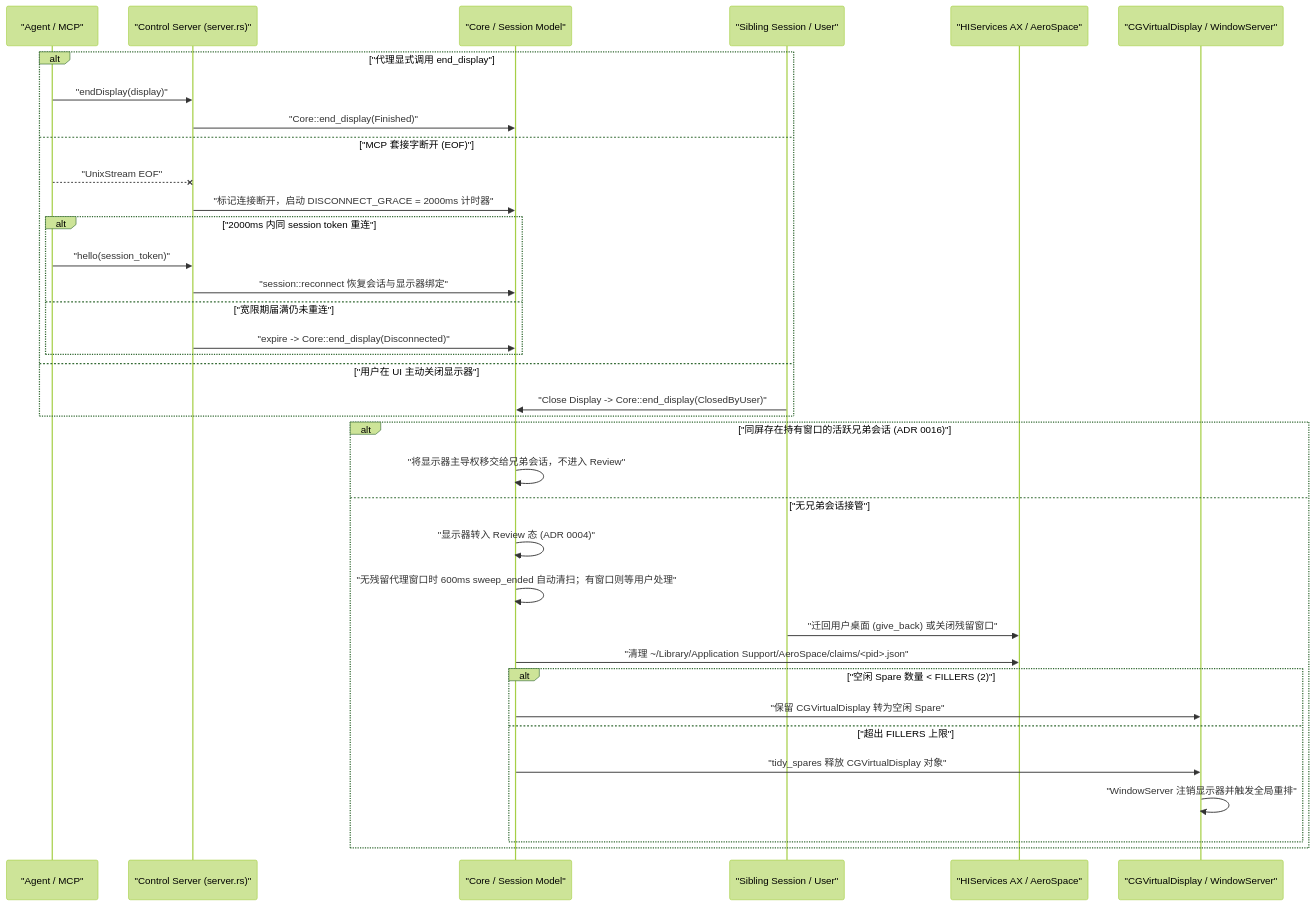
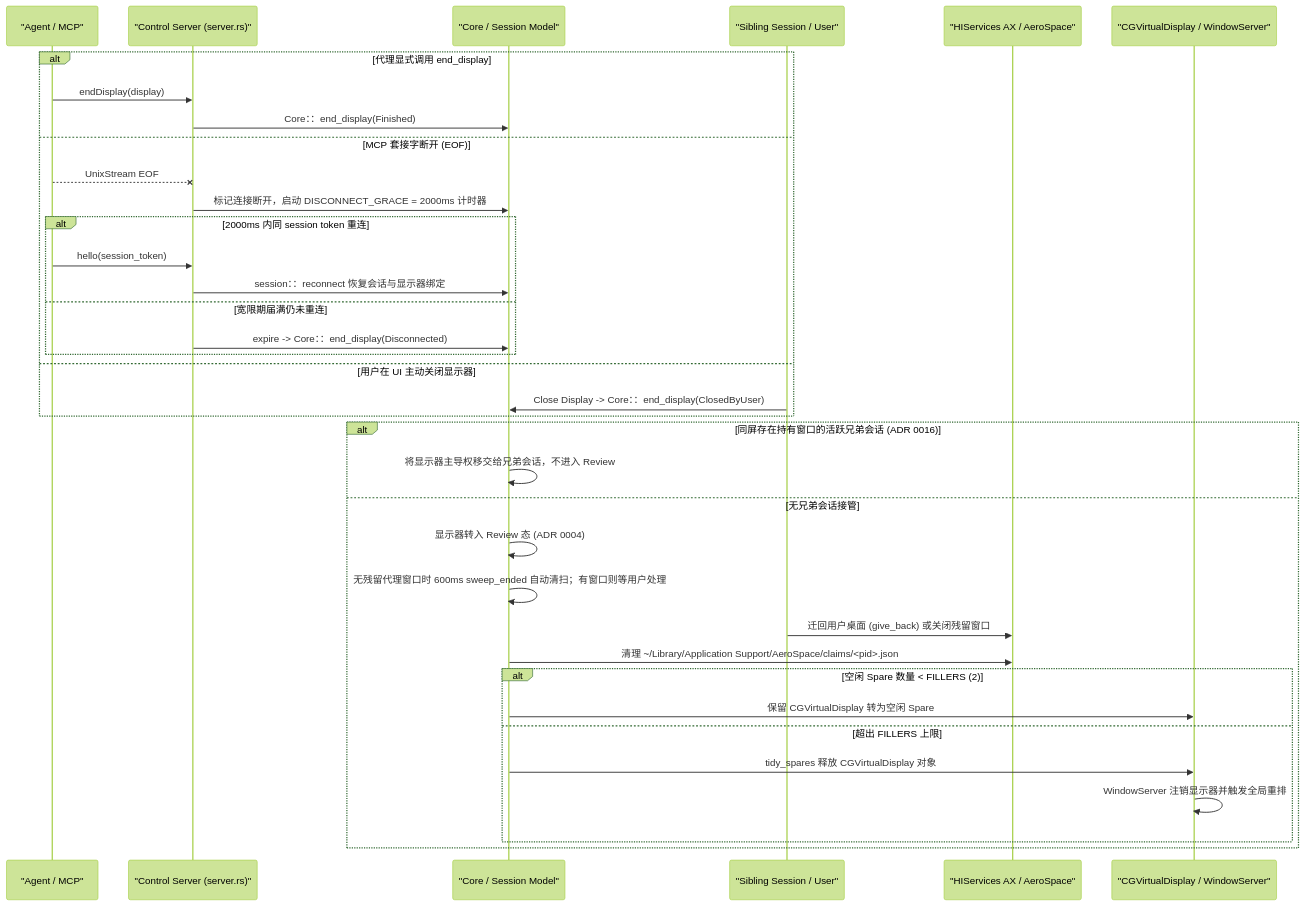
One commit to Fanzzzd/agent-screen changed the diagram in docs/flows/02-end-display-and-sessions.md. Above: the diagram before and after it, drawn with Mermaid (forest theme). The commit also changed 14 other files, not shown here.

Commit message:
The flow maps' Mermaid labels drop quotes, semicolons and inner colons, which stopped four diagrams from rendering

````diff
--- a/docs/flows/02-end-display-and-sessions.md
+++ b/docs/flows/02-end-display-and-sessions.md
@@ -7,40 +7,40 @@
 ```mermaid
 sequenceDiagram
     participant MCP as "Agent / MCP"
     participant Sock as "Control Server (server.rs)"
     participant Core as "Core / Session Model"
     participant Sibling as "Sibling Session / User"
     participant AX as "HIServices AX / AeroSpace"
     participant CGVD as "CGVirtualDisplay / WindowServer"
 
-    alt "代理显式调用 end_display"
-        MCP->>Sock: "endDisplay(display)"
-        Sock->>Core: "Core::end_display(Finished)"
-    else "MCP 套接字断开 (EOF)"
-        MCP--xSock: "UnixStream EOF"
-        Sock->>Core: "标记连接断开，启动 DISCONNECT_GRACE = 2000ms 计时器"
-        alt "2000ms 内同 session token 重连"
-            MCP->>Sock: "hello(session_token)"
-            Sock->>Core: "session::reconnect 恢复会话与显示器绑定"
-        else "宽限期届满仍未重连"
-            Sock->>Core: "expire -> Core::end_display(Disconnected)"
+    alt 代理显式调用 end_display
+        MCP->>Sock : endDisplay(display)
+        Sock->>Core : Core：：end_display(Finished)
+    else MCP 套接字断开 (EOF)
+        MCP--xSock : UnixStream EOF
+        Sock->>Core : 标记连接断开，启动 DISCONNECT_GRACE = 2000ms 计时器
+        alt 2000ms 内同 session token 重连
+            MCP->>Sock : hello(session_token)
+            Sock->>Core : session：：reconnect 恢复会话与显示器绑定
+        else 宽限期届满仍未重连
+            Sock->>Core : expire -> Core：：end_display(Disconnected)
         end
-    else "用户在 UI 主动关闭显示器"
-        Sibling->>Core: "Close Display -> Core::end_display(ClosedByUser)"
+    else 用户在 UI 主动关闭显示器
+        Sibling->>Core : Close Display -> Core：：end_display(ClosedByUser)
     end
 
-    alt "同屏存在持有窗口的活跃兄弟会话 (ADR 0016)"
-        Core->>Core: "将显示器主导权移交给兄弟会话，不进入 Review"
-    else "无兄弟会话接管"
-        Core->>Core: "显示器转入 Review 态 (ADR 0004)"
-        Core->>Core: "无残留代理窗口时 600ms sweep_ended 自动清扫；有窗口则等用户处理"
-        Sibling->>AX: "迁回用户桌面 (give_back) 或关闭残留窗口"
-        Core->>AX: "清理 ~/Library/Application Support/AeroSpace/claims/<pid>.json"
-        alt "空闲 Spare 数量 < FILLERS (2)"
-            Core->>CGVD: "保留 CGVirtualDisplay 转为空闲 Spare"
-        else "超出 FILLERS 上限"
-            Core->>CGVD: "tidy_spares 释放 CGVirtualDisplay 对象"
-            CGVD->>CGVD: "WindowServer 注销显示器并触发全局重排"
+    alt 同屏存在持有窗口的活跃兄弟会话 (ADR 0016)
+        Core->>Core : 将显示器主导权移交给兄弟会话，不进入 Review
+    else 无兄弟会话接管
+        Core->>Core : 显示器转入 Review 态 (ADR 0004)
+        Core->>Core : 无残留代理窗口时 600ms sweep_ended 自动清扫；有窗口则等用户处理
+        Sibling->>AX : 迁回用户桌面 (give_back) 或关闭残留窗口
+        Core->>AX : 清理 ~/Library/Application Support/AeroSpace/claims/<pid>.json
+        alt 空闲 Spare 数量 < FILLERS (2)
+            Core->>CGVD : 保留 CGVirtualDisplay 转为空闲 Spare
+        else 超出 FILLERS 上限
+            Core->>CGVD : tidy_spares 释放 CGVirtualDisplay 对象
+            CGVD->>CGVD : WindowServer 注销显示器并触发全局重排
         end
     end
 ```
````
